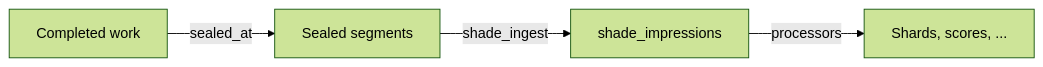
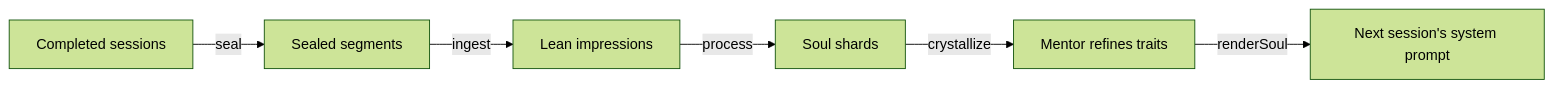
One commit to Anonyfox/ghostpaw changed the second of 2 diagrams in v0/docs/HARNESS.md. Above: the diagram before and after it, drawn with Mermaid (forest theme). The commit also changed other lines of this file and 29 other files, not shown here.

````diff
--- a/v0/docs/HARNESS.md
+++ b/v0/docs/HARNESS.md
@@ -73,6 +83,8 @@
 ```mermaid
 graph LR
-    Done["Completed work"] -->|"sealed_at"| Seal["Sealed segments"]
-    Seal -->|"shade_ingest"| Impressions["shade_impressions"]
-    Impressions -->|"processors"| Output["Shards, scores, ..."]
+    Done["Completed sessions"] -->|seal| Sealed["Sealed segments"]
+    Sealed -->|ingest| Impressions["Lean impressions"]
+    Impressions -->|process| Shards["Soul shards"]
+    Shards -->|crystallize| Attune["Mentor refines traits"]
+    Attune -->|renderSoul| Prompt["Next session's system prompt"]
 ```
````
